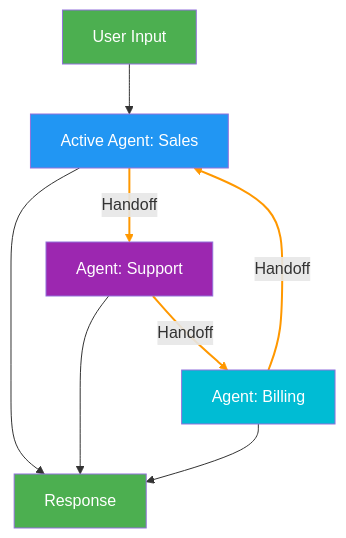
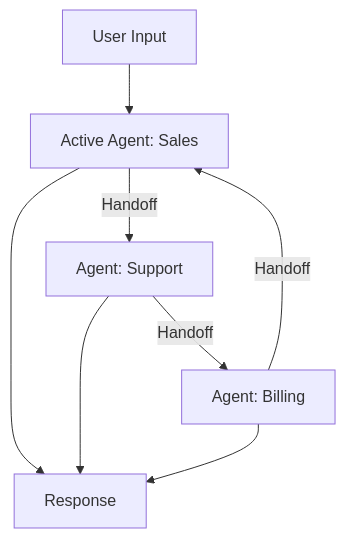
The ninth of 11 diagrams in README.md (saisrinivas-samoju/agentic_architectures), drawn with Mermaid before and after one commit. The commit also changed other lines of this file and 20 other files, not shown here.

````diff
--- a/README.md
+++ b/README.md
@@ -394,20 +399,10 @@
 ```mermaid
 flowchart TD
     A[User Input] --> B[Active Agent: Sales]
     B -->|Handoff| C[Agent: Support]
     C -->|Handoff| D[Agent: Billing]
     D -->|Handoff| B
     B --> E[Response]
     C --> E
     D --> E
-
-    style A fill:#4CAF50,color:#fff
-    style B fill:#2196F3,color:#fff
-    style C fill:#9C27B0,color:#fff
-    style D fill:#00BCD4,color:#fff
-    style E fill:#4CAF50,color:#fff
-
-    linkStyle 1 stroke:#FF9800,stroke-width:2px
-    linkStyle 2 stroke:#FF9800,stroke-width:2px
-    linkStyle 3 stroke:#FF9800,stroke-width:2px
 ```
````
